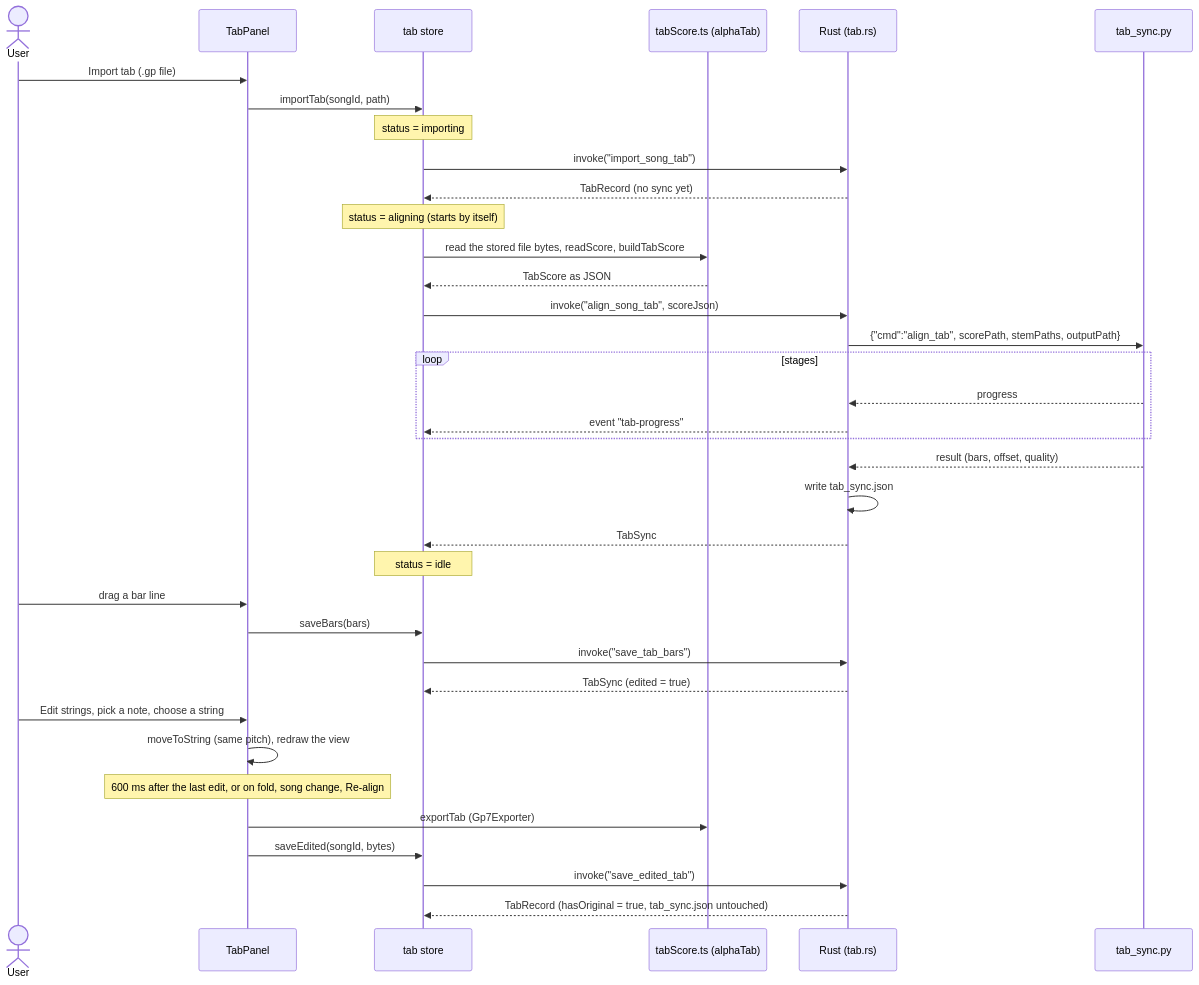
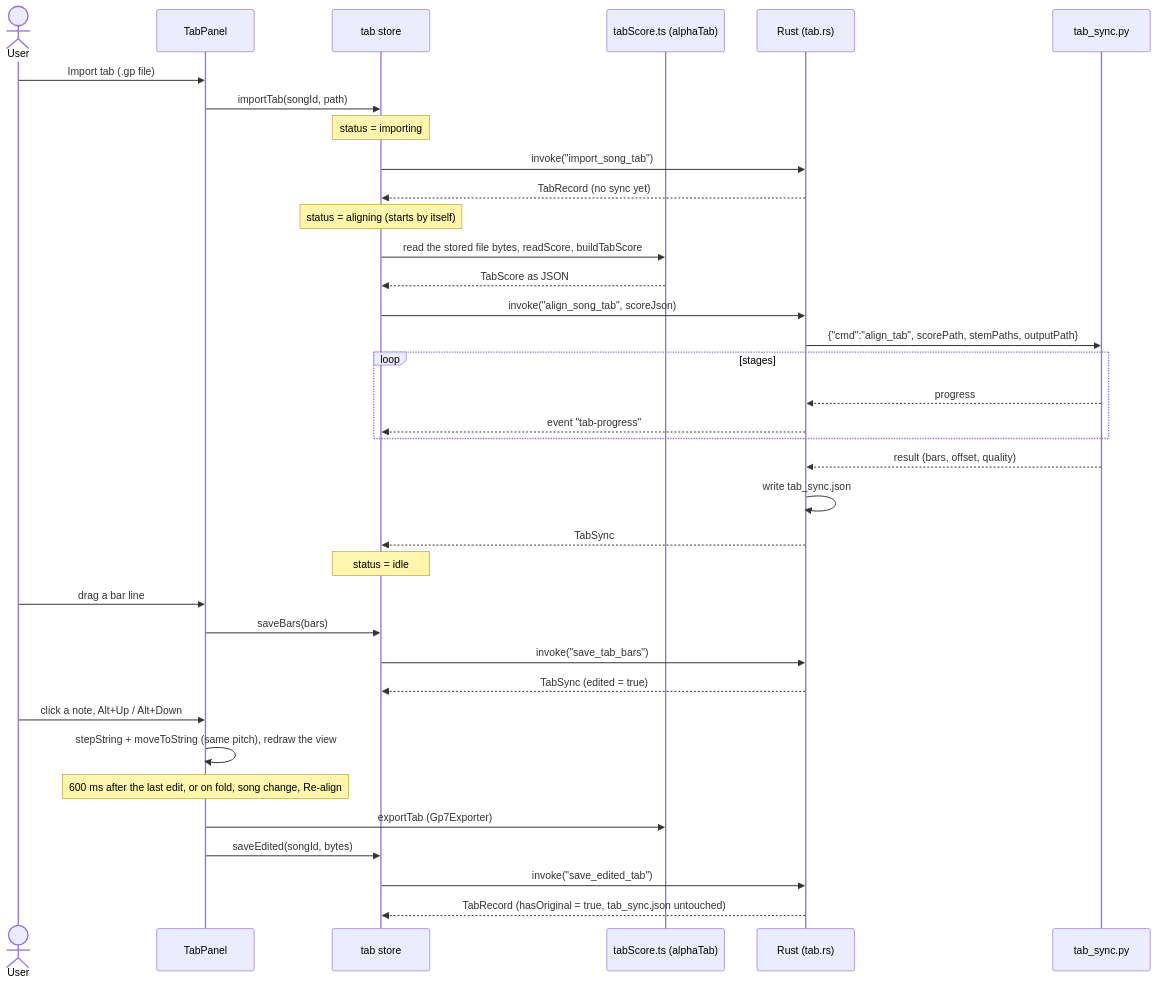
Diagram 12 of 16 in wiki/uml.md (giamat90/SongPracticeStudio), drawn with Mermaid before and after one commit. The commit also changed other lines of this file and 9 other files, not shown here.

First line of the commit message:
feat: tab string editing works like Guitar Pro (pick a note, Alt+Up/Down)

````diff
--- a/wiki/uml.md
+++ b/wiki/uml.md
@@ -509,39 +509,39 @@
 ```mermaid
 sequenceDiagram
     actor U as User
     participant TP as TabPanel
     participant TS as tab store
     participant AT as tabScore.ts (alphaTab)
     participant R as Rust (tab.rs)
     participant P as tab_sync.py
 
     U->>TP: Import tab (.gp file)
     TP->>TS: importTab(songId, path)
     Note over TS: status = importing
     TS->>R: invoke("import_song_tab")
     R-->>TS: TabRecord (no sync yet)
     Note over TS: status = aligning (starts by itself)
     TS->>AT: read the stored file bytes, readScore, buildTabScore
     AT-->>TS: TabScore as JSON
     TS->>R: invoke("align_song_tab", scoreJson)
     R->>P: {"cmd":"align_tab", scorePath, stemPaths, outputPath}
     loop stages
         P-->>R: progress
         R-->>TS: event "tab-progress"
     end
     P-->>R: result (bars, offset, quality)
     R->>R: write tab_sync.json
     R-->>TS: TabSync
     Note over TS: status = idle
     U->>TP: drag a bar line
     TP->>TS: saveBars(bars)
     TS->>R: invoke("save_tab_bars")
     R-->>TS: TabSync (edited = true)
-    U->>TP: Edit strings, pick a note, choose a string
-    TP->>TP: moveToString (same pitch), redraw the view
+    U->>TP: click a note, Alt+Up / Alt+Down
+    TP->>TP: stepString + moveToString (same pitch), redraw the view
     Note over TP: 600 ms after the last edit, or on fold, song change, Re-align
     TP->>AT: exportTab (Gp7Exporter)
     TP->>TS: saveEdited(songId, bytes)
     TS->>R: invoke("save_edited_tab")
     R-->>TS: TabRecord (hasOriginal = true, tab_sync.json untouched)
 ```
````
